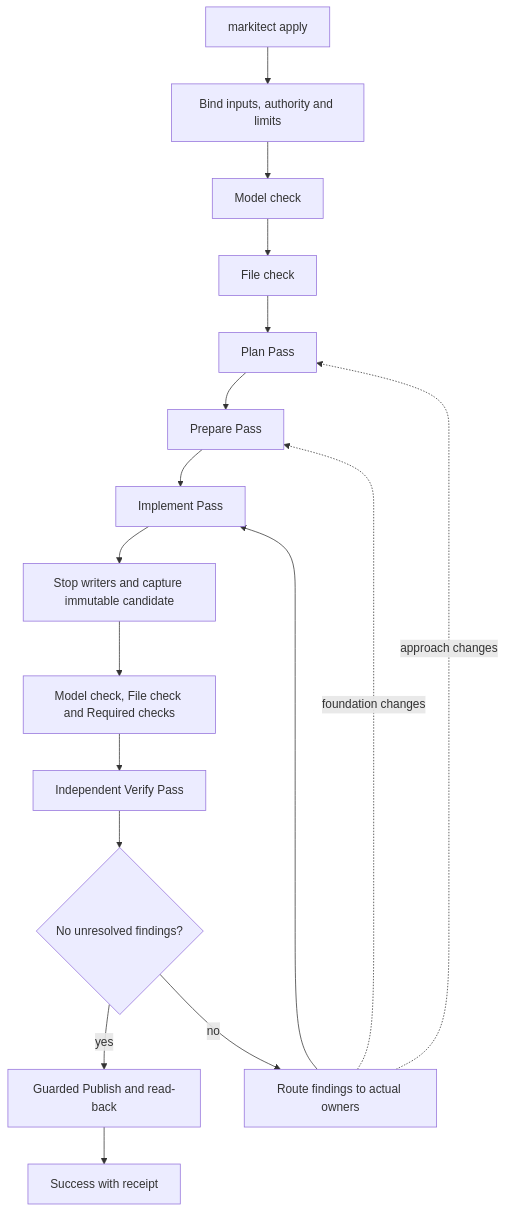
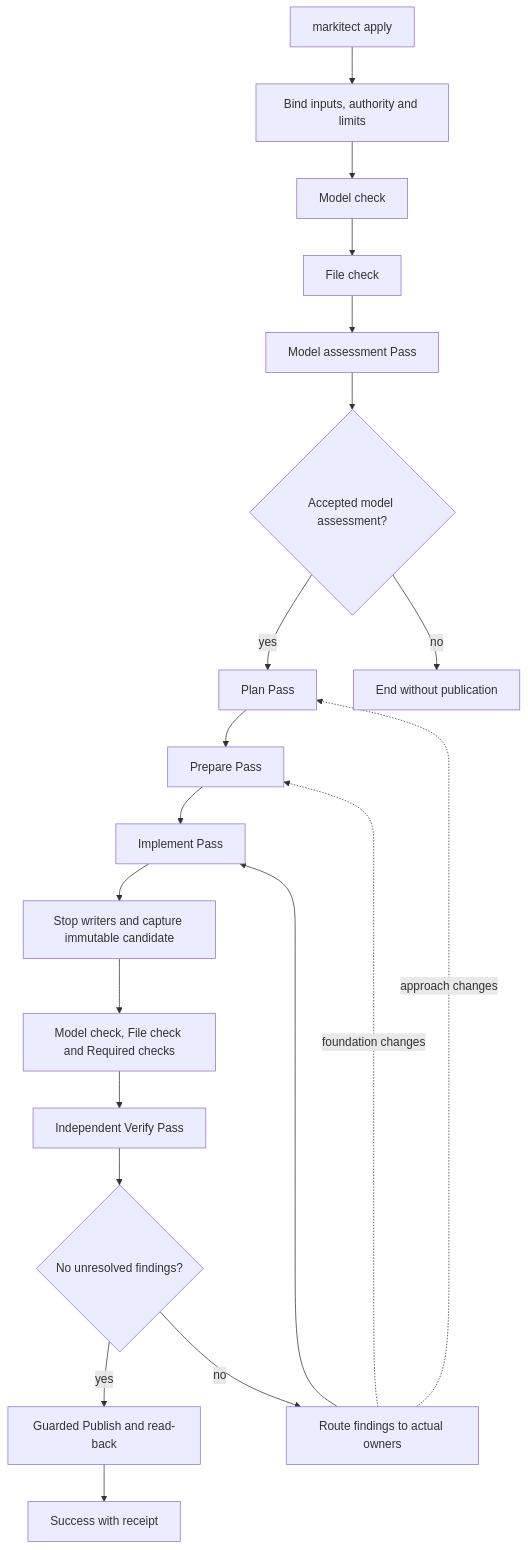
The diagram in docs/design/canonical-model/manager-apply-workflow.md (Glacius-Labs/Markitect), drawn with Mermaid before and after one commit. The commit also changed other lines of this file and 8 other files, not shown here.

Commit message:
docs: require model assessment and close external run questions

````diff
--- a/docs/design/canonical-model/manager-apply-workflow.md
+++ b/docs/design/canonical-model/manager-apply-workflow.md
@@ -69,19 +84,22 @@
 ```mermaid
 flowchart TD
     A[markitect apply] --> B[Bind inputs, authority and limits]
     B --> C[Model check]
     C --> D[File check]
-    D --> E[Plan Pass]
+    D --> MA[Model assessment Pass]
+    MA --> MG{Accepted model assessment?}
+    MG -->|yes| E[Plan Pass]
+    MG -->|no| STOP[End without publication]
     E --> F[Prepare Pass]
     F --> G[Implement Pass]
     G --> H[Stop writers and capture immutable candidate]
     H --> I[Model check, File check and Required checks]
     I --> J[Independent Verify Pass]
     J --> K{No unresolved findings?}
     K -->|yes| L[Guarded Publish and read-back]
     K -->|no| M[Route findings to actual owners]
     M --> G
     M -. foundation changes .-> F
     M -. approach changes .-> E
     L --> N[Success with receipt]
 ```
````
